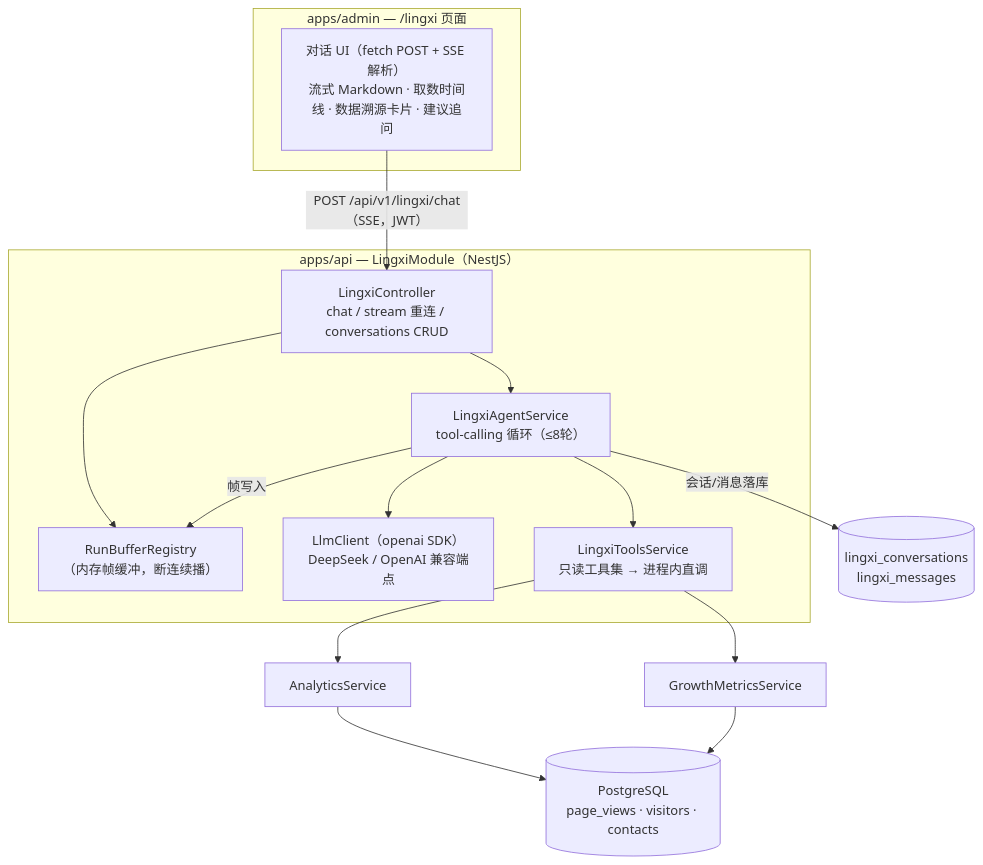
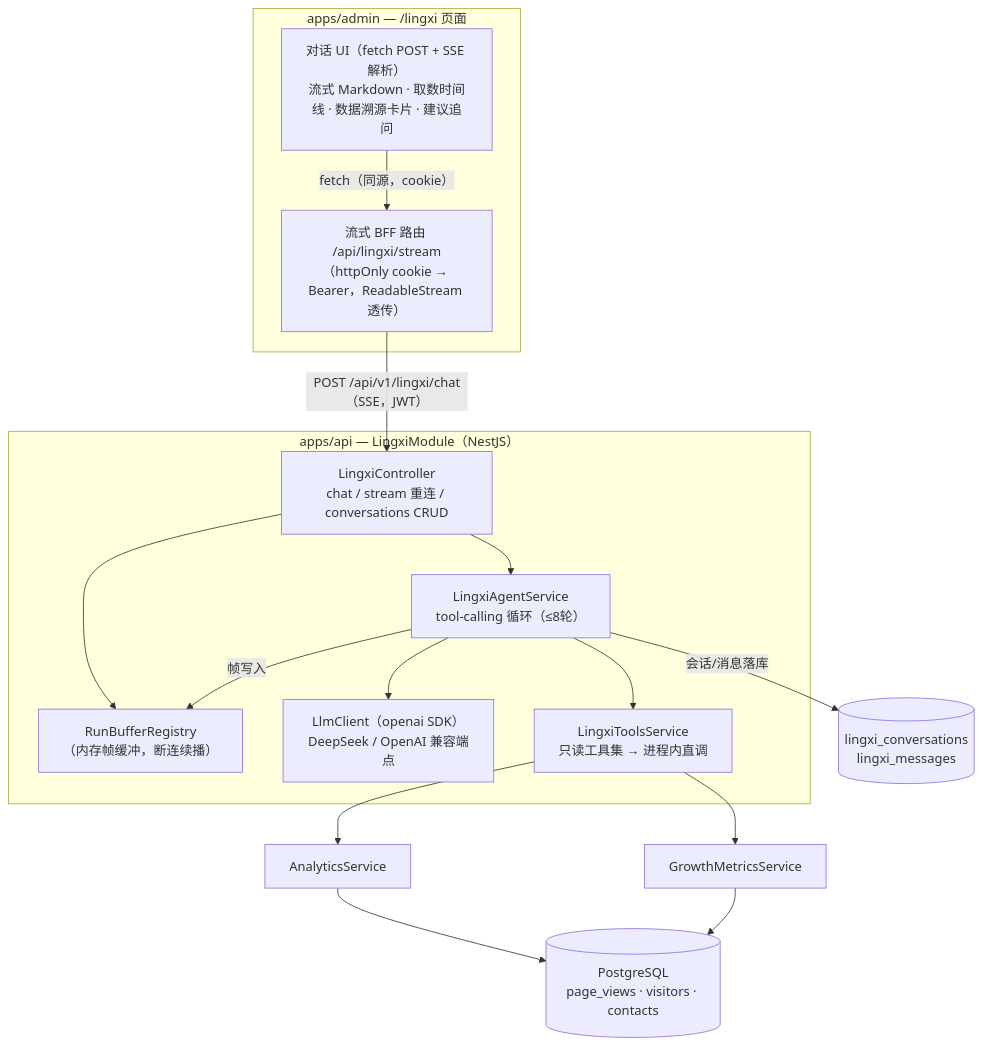
One commit to zzlw/tzj-website changed the diagram in docs/lingxi-ai-report-design.md. Above: the diagram before and after it, drawn with Mermaid. The commit also changed other lines of this file, not shown here.

Commit message:
docs: 灵犀方案 r2 — 修正鉴权链路为流式 BFF 等 5 项评审问题

````diff
--- a/docs/lingxi-ai-report-design.md
+++ b/docs/lingxi-ai-report-design.md
@@ -79,26 +80,28 @@
 ```mermaid
 flowchart TB
     subgraph ADMIN["apps/admin — /lingxi 页面"]
         UI["对话 UI（fetch POST + SSE 解析）<br/>流式 Markdown · 取数时间线 · 数据溯源卡片 · 建议追问"]
+        BFF["流式 BFF 路由 /api/lingxi/stream<br/>（httpOnly cookie → Bearer，ReadableStream 透传）"]
+        UI -- "fetch（同源，cookie）" --> BFF
     end
 
-    UI -- "POST /api/v1/lingxi/chat（SSE，JWT）" --> CTRL
+    BFF -- "POST /api/v1/lingxi/chat（SSE，JWT）" --> CTRL
 
     subgraph API["apps/api — LingxiModule（NestJS）"]
         CTRL["LingxiController<br/>chat / stream 重连 / conversations CRUD"]
         BUF["RunBufferRegistry<br/>（内存帧缓冲，断连续播）"]
         AGENT["LingxiAgentService<br/>tool-calling 循环（≤8轮）"]
         LLM["LlmClient（openai SDK）<br/>DeepSeek / OpenAI 兼容端点"]
         TOOLS["LingxiToolsService<br/>只读工具集 → 进程内直调"]
         CTRL --> BUF
         CTRL --> AGENT
         AGENT --> LLM
         AGENT --> TOOLS
         AGENT -- 帧写入 --> BUF
     end
 
     TOOLS --> AS["AnalyticsService"]
     TOOLS --> GMS["GrowthMetricsService"]
     AS & GMS --> DB[("PostgreSQL<br/>page_views · visitors · contacts")]
     AGENT -- 会话/消息落库 --> DB2[("lingxi_conversations<br/>lingxi_messages")]
 ```
````
